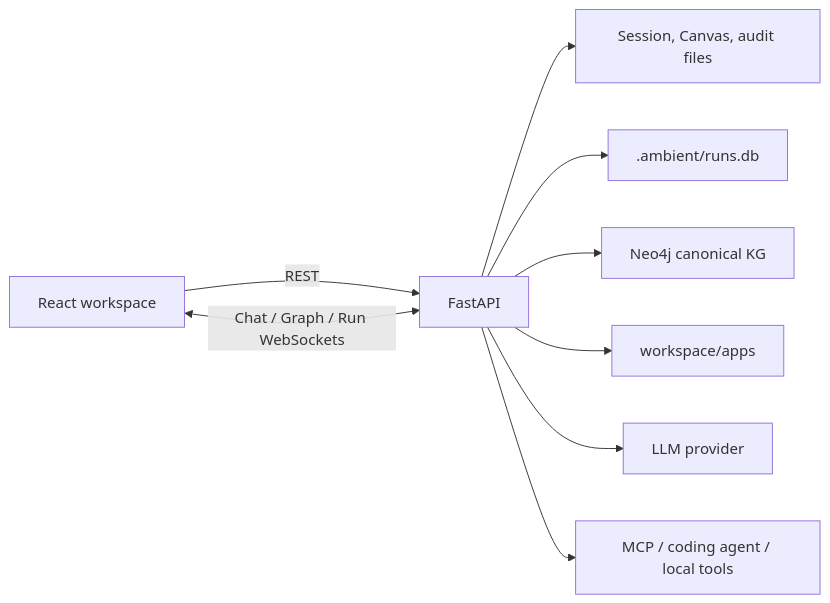
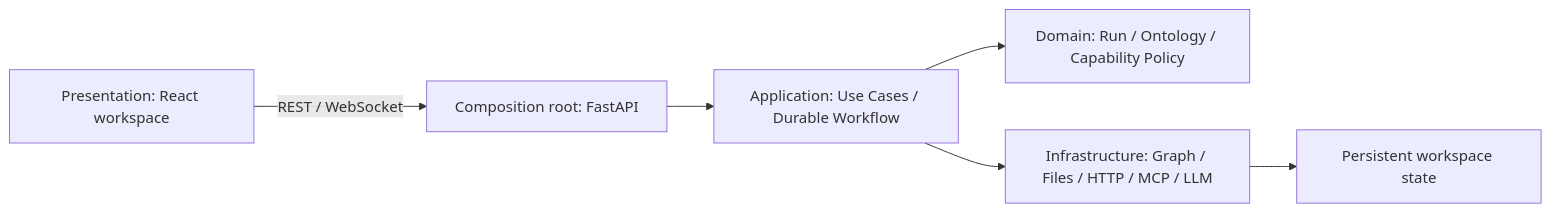
Before and after one commit to BillShiyaoZhang/ambient-agent: the diagram in docs/en/architecture/overview.md, drawn with Mermaid. The commit also changed other lines of this file and 97 other files, not shown here.

````diff
--- a/docs/en/architecture/overview.md
+++ b/docs/en/architecture/overview.md
@@ -5,11 +5,8 @@
 ```mermaid
 flowchart LR
-    Browser[React workspace] -->|REST| API[FastAPI]
-    Browser <-->|Chat / Graph / Run WebSockets| API
-    API --> Workspace[Session, Canvas, audit files]
-    API --> RunStore[.ambient/runs.db]
-    API --> Graph[Neo4j canonical KG]
-    API --> Apps[workspace/apps]
-    API --> LLM[LLM provider]
-    API --> External[MCP / coding agent / local tools]
+    Browser[Presentation: React workspace] -->|REST / WebSocket| API[Composition root: FastAPI]
+    API --> Workflow[Application: Use Cases / Durable Workflow]
+    Workflow --> Domain[Domain: Run / Ontology / Capability Policy]
+    Workflow --> Infra[Infrastructure: Graph / Files / HTTP / MCP / LLM]
+    Infra --> Workspace[Persistent workspace state]
 ```
````
